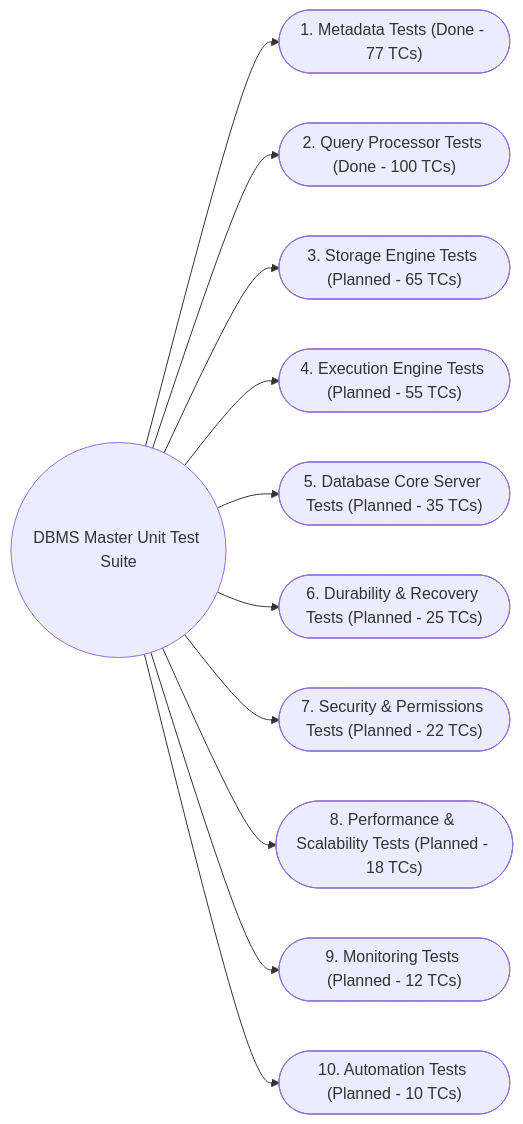
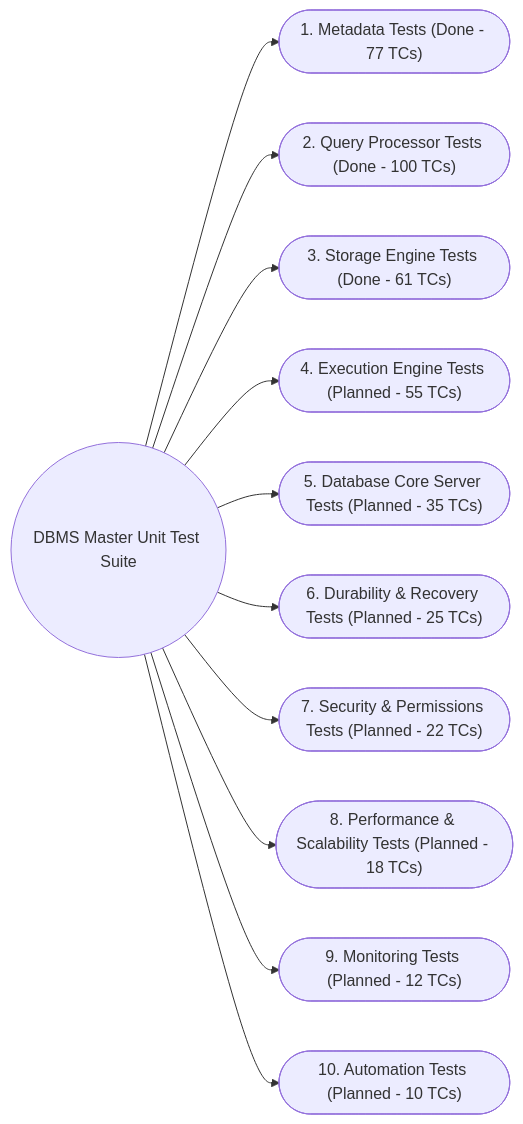
The first of 11 diagrams in docs/unit_test/README.md (Dikhang1112/Database_Management_BBV), drawn with Mermaid before and after one commit. The commit also changed other lines of this file and 3 other files, not shown here.

````diff
--- a/docs/unit_test/README.md
+++ b/docs/unit_test/README.md
@@ -28,26 +28,26 @@
 ```mermaid
 flowchart LR
     Root(("DBMS Master Unit Test Suite"))
 
     Mod1(["1. Metadata Tests (Done - 77 TCs)"])
     Mod2(["2. Query Processor Tests (Done - 100 TCs)"])
-    Mod3(["3. Storage Engine Tests (Planned - 65 TCs)"])
+    Mod3(["3. Storage Engine Tests (Done - 61 TCs)"])
     Mod4(["4. Execution Engine Tests (Planned - 55 TCs)"])
     Mod5(["5. Database Core Server Tests (Planned - 35 TCs)"])
     Mod6(["6. Durability & Recovery Tests (Planned - 25 TCs)"])
     Mod7(["7. Security & Permissions Tests (Planned - 22 TCs)"])
     Mod8(["8. Performance & Scalability Tests (Planned - 18 TCs)"])
     Mod9(["9. Monitoring Tests (Planned - 12 TCs)"])
     Mod10(["10. Automation Tests (Planned - 10 TCs)"])
 
     Root --> Mod1
     Root --> Mod2
     Root --> Mod3
     Root --> Mod4
     Root --> Mod5
     Root --> Mod6
     Root --> Mod7
     Root --> Mod8
     Root --> Mod9
     Root --> Mod10
 ```
````
